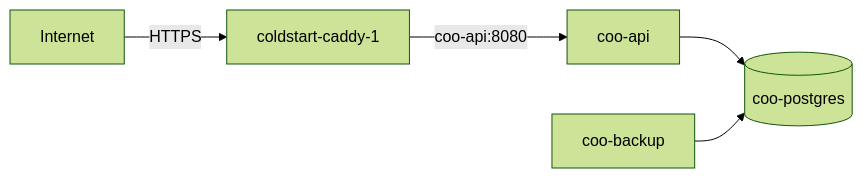
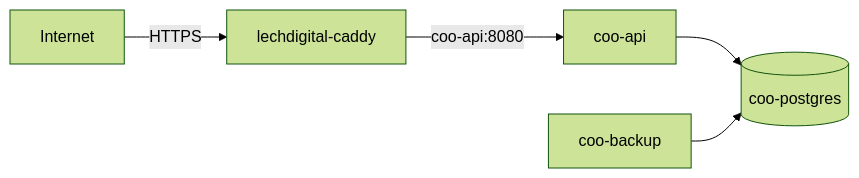
Before and after one commit to Lech-Digital/Coo: the diagram in DEPLOY.md, drawn with Mermaid (forest theme). The commit also changed other lines of this file and 2 other files, not shown here.

Commit message:
Coo on lechdigital_edge, the edge network of lechdigital-infra (deploy only after the edge cutover)

````diff
--- a/DEPLOY.md
+++ b/DEPLOY.md
@@ -14,7 +14,7 @@
 ```mermaid
 graph LR
-    Internet -->|HTTPS| Caddy[coldstart-caddy-1]
+    Internet -->|HTTPS| Caddy[lechdigital-caddy]
     Caddy -->|coo-api:8080| Api[coo-api]
     Api --> Pg[(coo-postgres)]
     Backup[coo-backup] --> Pg
 ```
````
